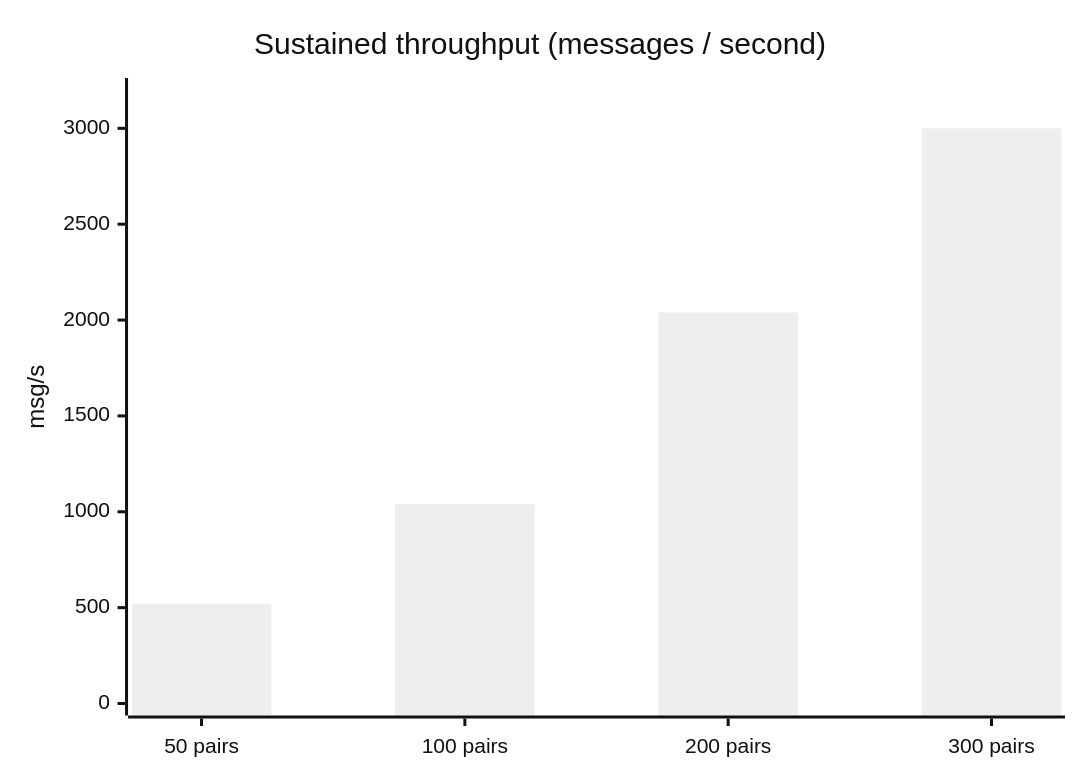
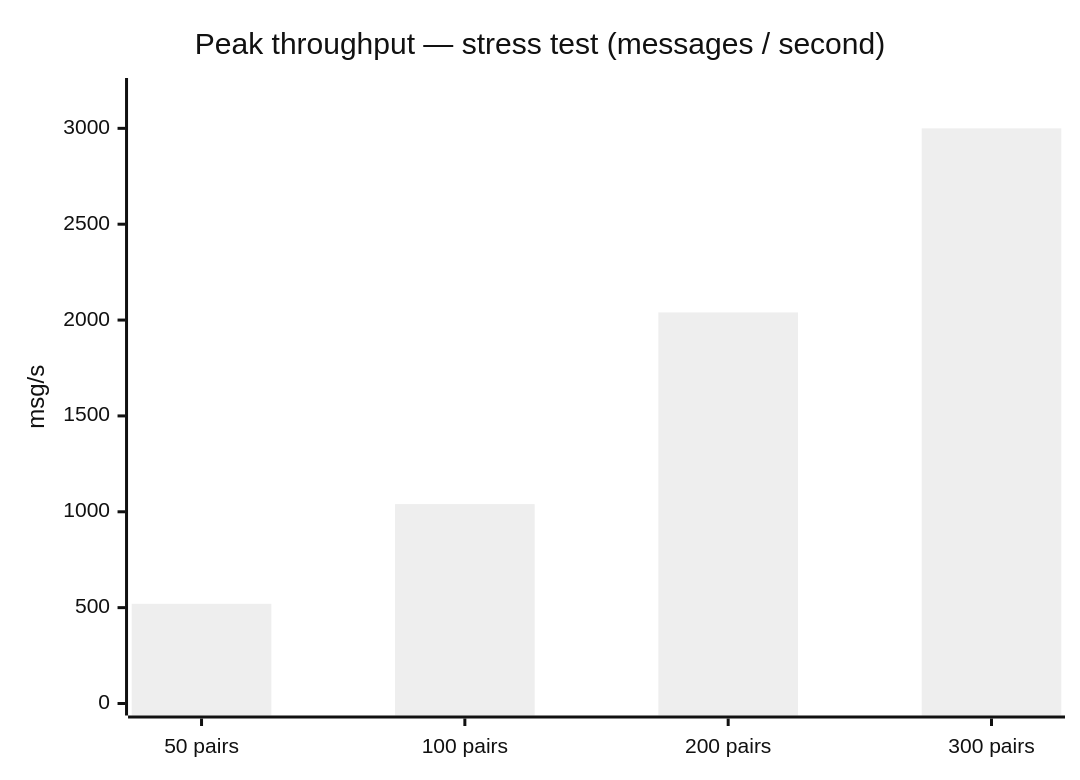
Before and after one commit to Lindenson/HormigaMessanger: the second of 2 diagrams in README.md, drawn with Mermaid (neutral theme). The commit also changed other lines of this file and 2 other files, not shown here.

````diff
--- a/README.md
+++ b/README.md
@@ -439,7 +452,7 @@
 ```mermaid
 xychart-beta
-    title "Sustained throughput (messages / second)"
+    title "Peak throughput — stress test (messages / second)"
     x-axis ["50 pairs", "100 pairs", "200 pairs", "300 pairs"]
     y-axis "msg/s" 0 --> 3200
     bar [520, 1040, 2040, 3000]
 ```
````
